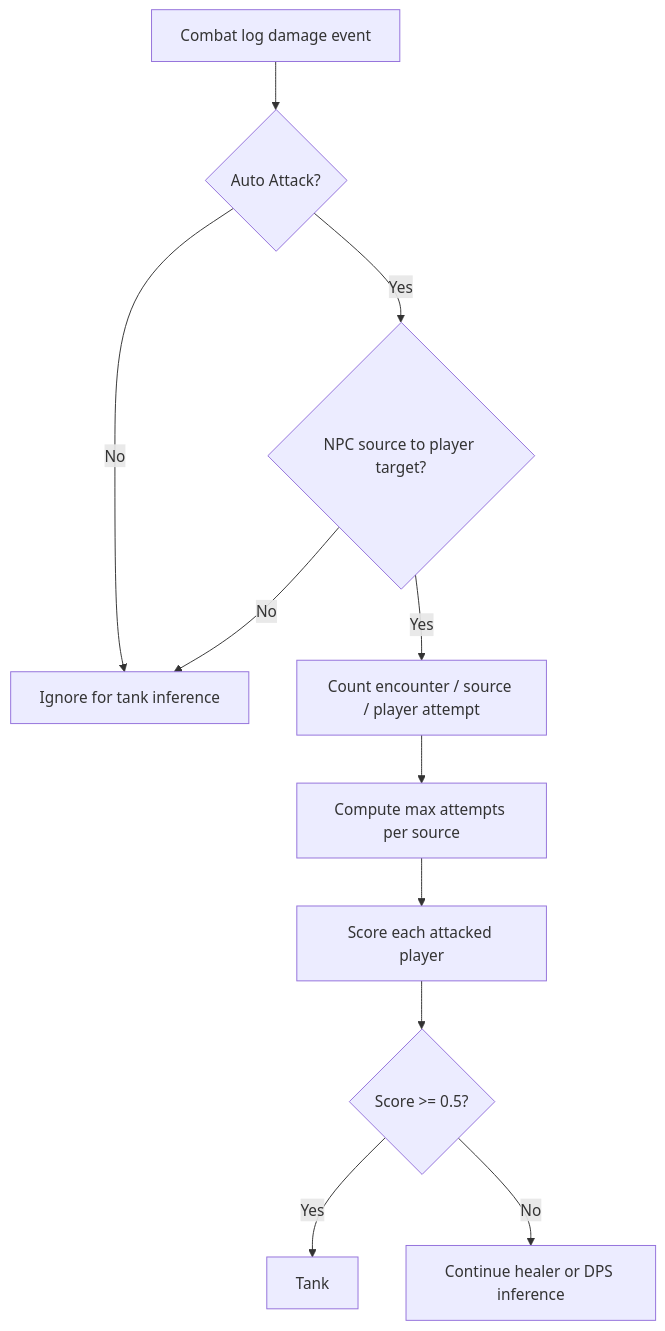
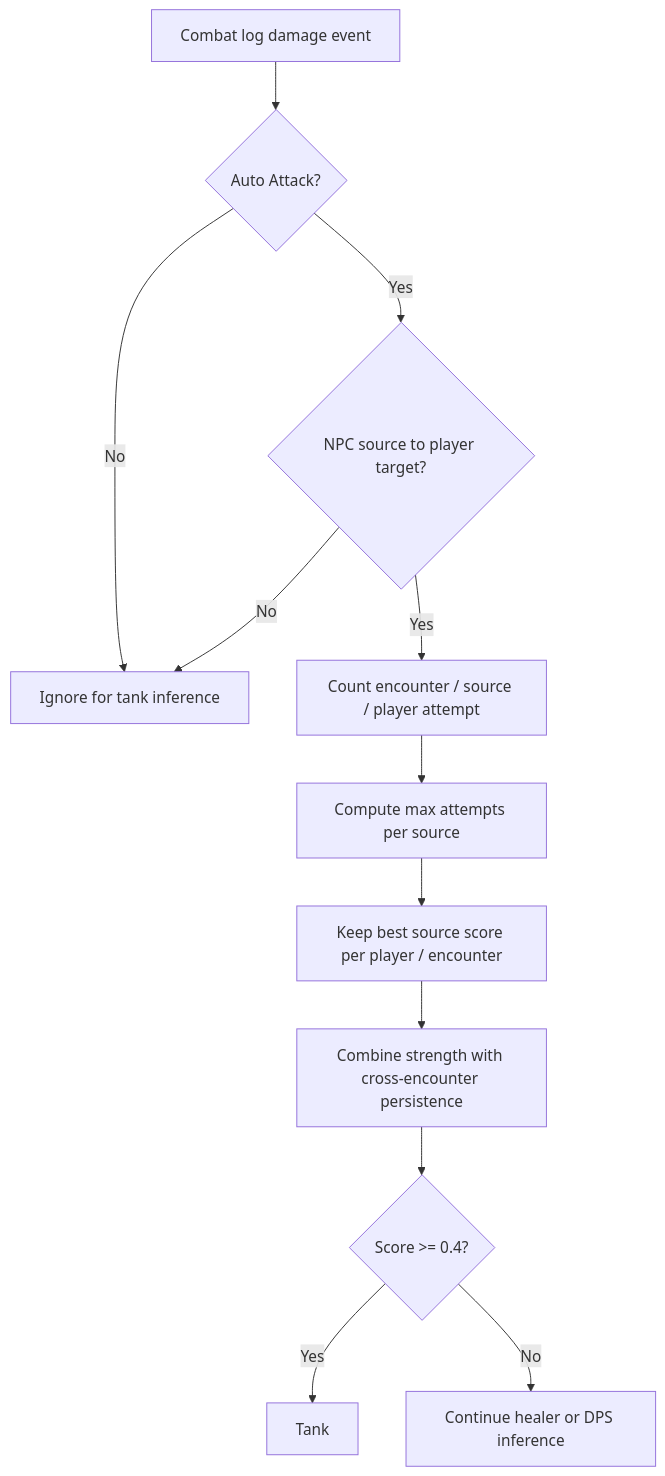
One commit to Emyrk/chronicle changed the first of 2 diagrams in docs/tank-role-inference.md. Above: the diagram before and after it, drawn with Mermaid. The commit also changed other lines of this file and 11 other files, not shown here.

````diff
--- a/docs/tank-role-inference.md
+++ b/docs/tank-role-inference.md
@@ -81,13 +91,14 @@
 ```mermaid
 flowchart TD
     A["Combat log damage event"] --> B{"Auto Attack?"}
     B -->|No| C["Ignore for tank inference"]
     B -->|Yes| D{"NPC source to player target?"}
     D -->|No| C
     D -->|Yes| E["Count encounter / source / player attempt"]
     E --> F["Compute max attempts per source"]
-    F --> G["Score each attacked player"]
-    G --> H{"Score >= 0.5?"}
-    H -->|Yes| I["Tank"]
-    H -->|No| J["Continue healer or DPS inference"]
+    F --> G["Keep best source score per player / encounter"]
+    G --> H["Combine strength with cross-encounter persistence"]
+    H --> K{"Score >= 0.4?"}
+    K -->|Yes| I["Tank"]
+    K -->|No| J["Continue healer or DPS inference"]
 ```
````
